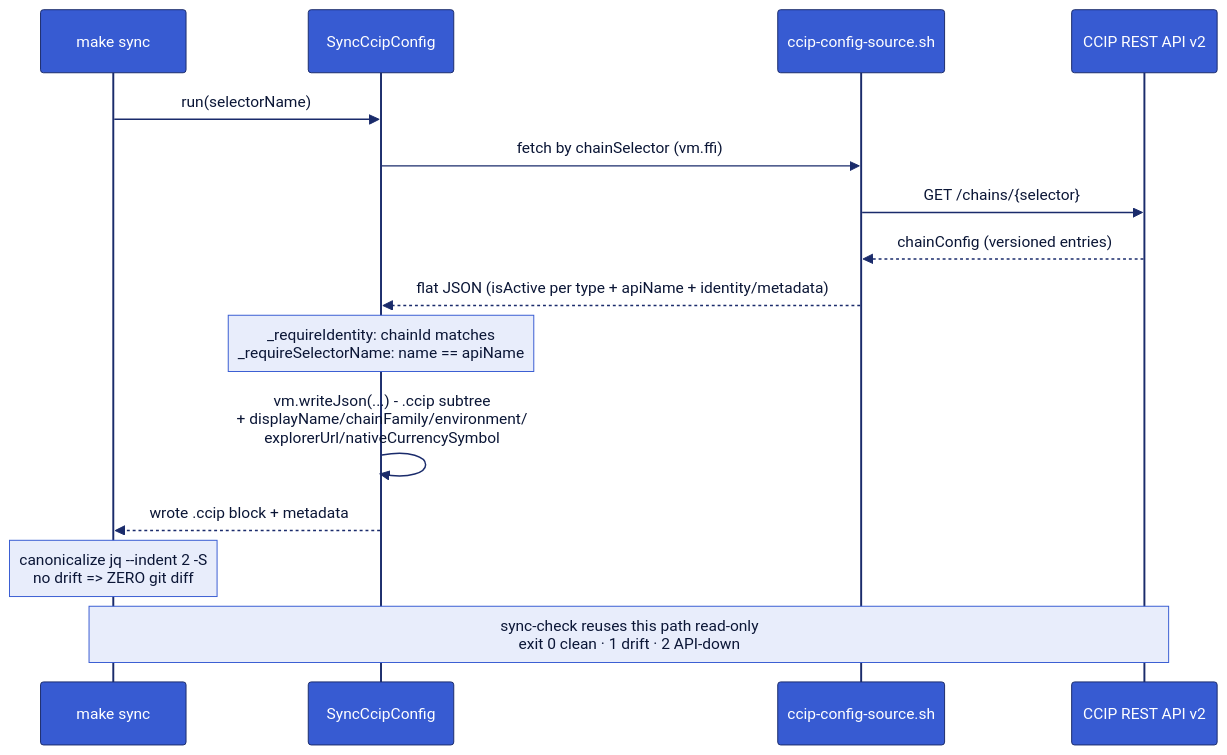
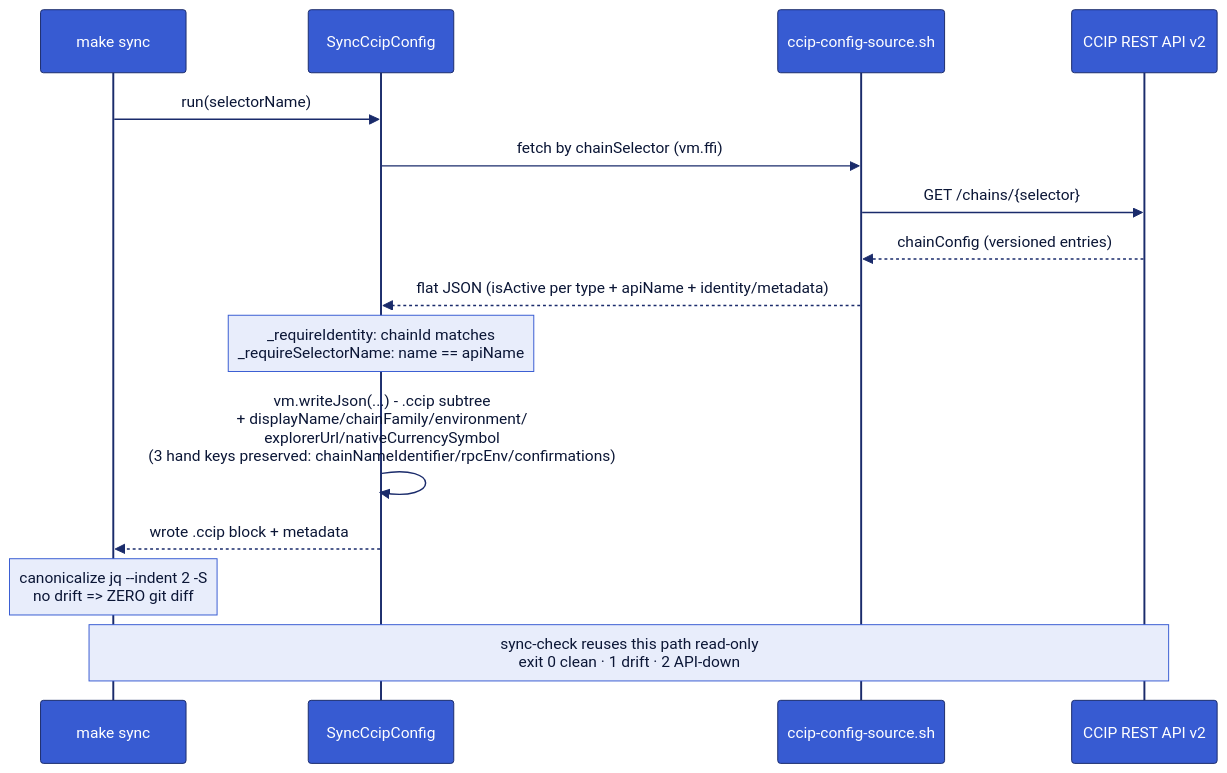
Before and after one commit to fork-the-planet/smartcontractkit___docs-cct-foundry: the second of 5 diagrams in docs/config-architecture.md, drawn with Mermaid. The commit also changed other lines of this file and 79 other files, not shown here.

````diff
--- a/docs/config-architecture.md
+++ b/docs/config-architecture.md
@@ -89,18 +89,18 @@
 ```mermaid
 %%{init: {'theme':'base','themeVariables':{'primaryColor':'#375BD2','primaryTextColor':'#FFFFFF','primaryBorderColor':'#1A2B6B','lineColor':'#375BD2','actorBkg':'#375BD2','actorTextColor':'#FFFFFF','actorBorder':'#1A2B6B','signalColor':'#1A2B6B','signalTextColor':'#0B1636','noteBkgColor':'#E8EDFB','noteTextColor':'#0B1636','noteBorderColor':'#375BD2','fontFamily':'Inter, system-ui, sans-serif'}}}%%
 sequenceDiagram
     participant M as make sync
     participant S as SyncCcipConfig
     participant B as ccip-config-source.sh
     participant A as CCIP REST API v2
     M->>S: run(selectorName)
     S->>B: fetch by chainSelector (vm.ffi)
     B->>A: GET /chains/{selector}
     A-->>B: chainConfig (versioned entries)
     B-->>S: flat JSON (isActive per type + apiName + identity/metadata)
     Note over S: _requireIdentity: chainId matches<br/>_requireSelectorName: name == apiName
-    S->>S: vm.writeJson(...) - .ccip subtree<br/>+ displayName/chainFamily/environment/<br/>explorerUrl/nativeCurrencySymbol
+    S->>S: vm.writeJson(...) - .ccip subtree<br/>+ displayName/chainFamily/environment/<br/>explorerUrl/nativeCurrencySymbol<br/>(3 hand keys preserved: chainNameIdentifier/rpcEnv/confirmations)
     S-->>M: wrote .ccip block + metadata
     Note over M: canonicalize jq --indent 2 -S<br/>no drift => ZERO git diff
     Note over M,A: sync-check reuses this path read-only<br/>exit 0 clean · 1 drift · 2 API-down
 ```
````
